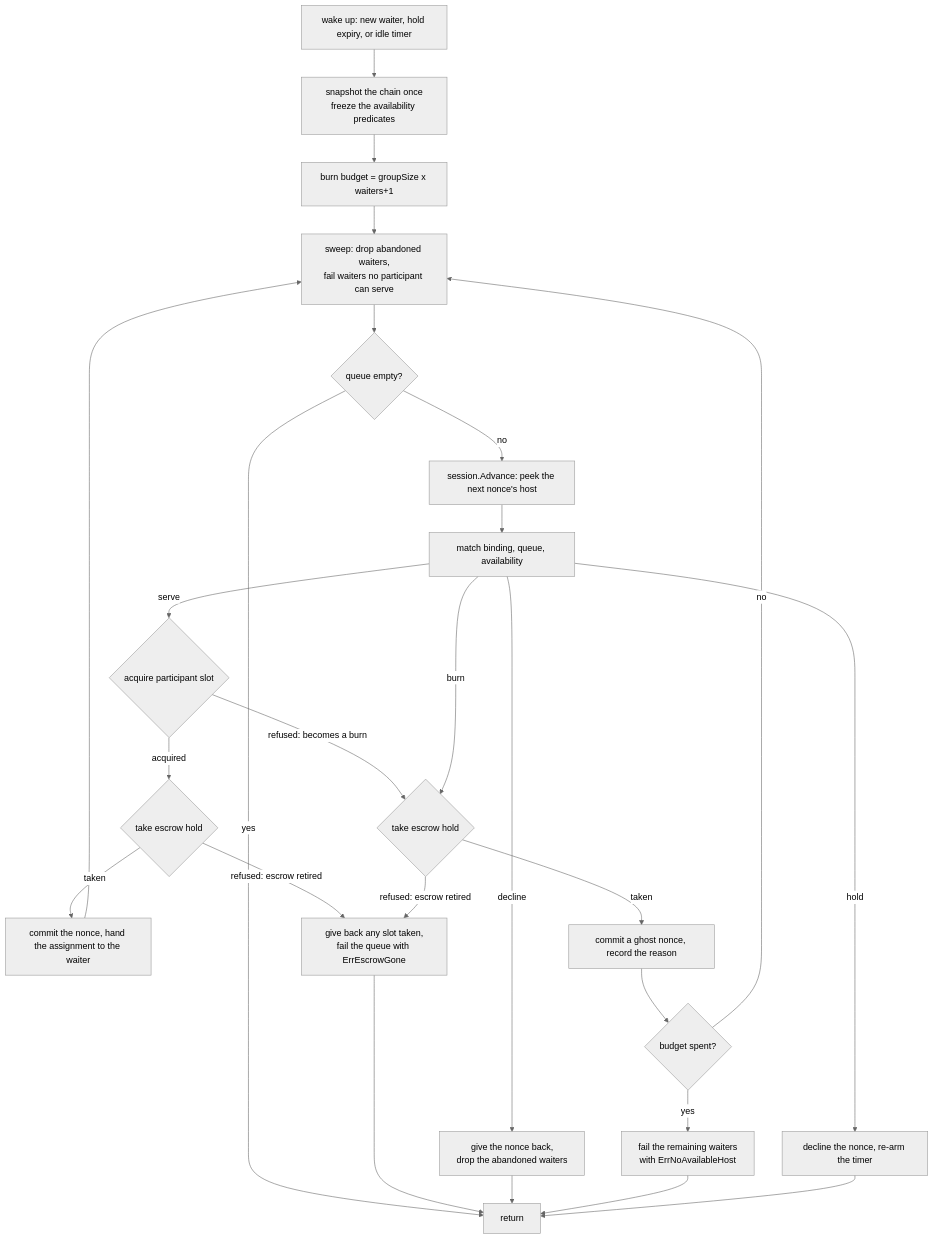
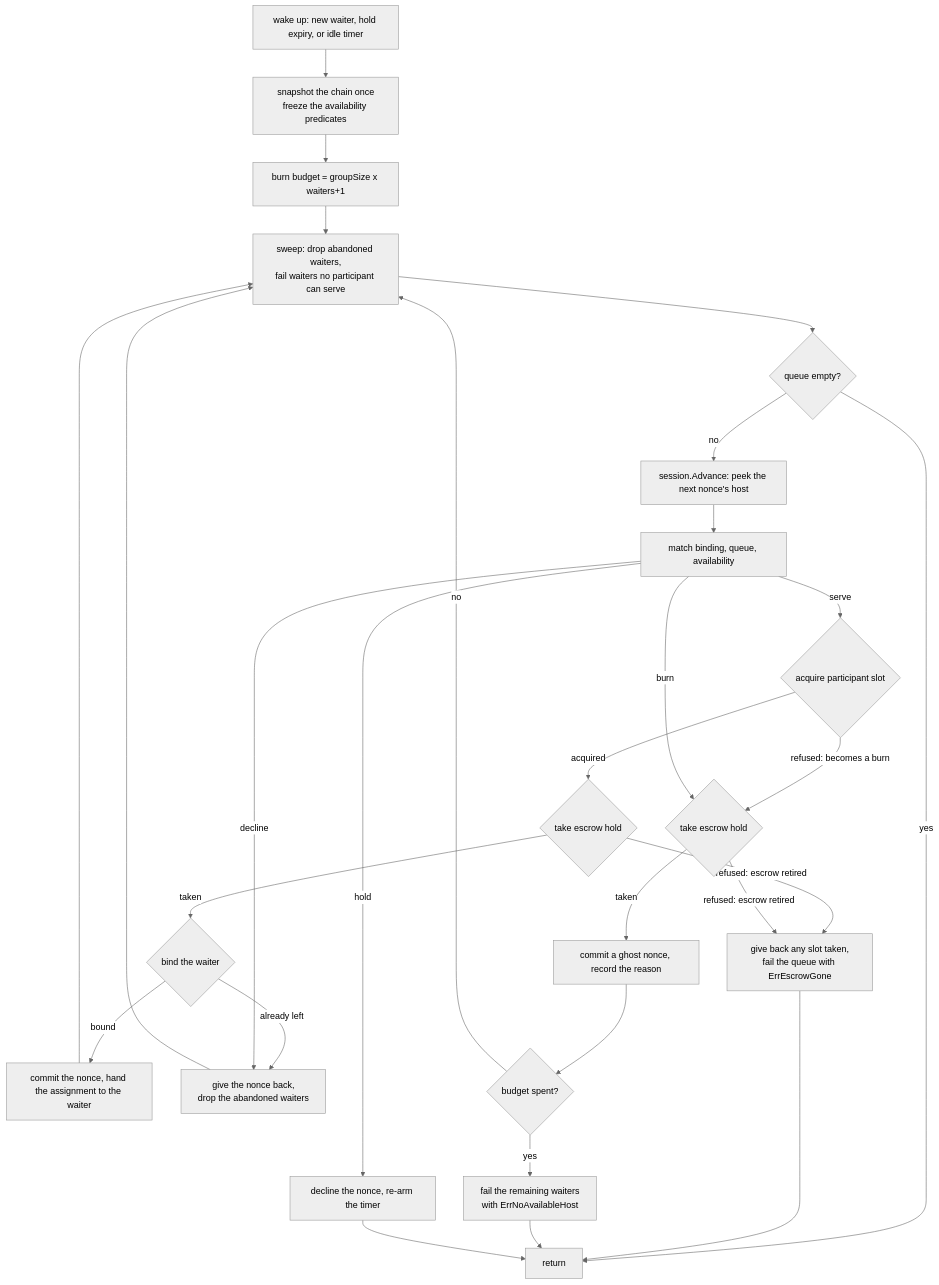
The diagram in devshard/cmd/gateway/docs/routing.md (kaileido/gonka), drawn with Mermaid (neutral theme) before and after one commit. The commit also changed other lines of this file and 25 other files, not shown here.

````diff
--- a/devshard/cmd/gateway/docs/routing.md
+++ b/devshard/cmd/gateway/docs/routing.md
@@ -129,28 +131,30 @@
 ```mermaid
 flowchart TD
     A[wake up: new waiter, hold expiry, or idle timer] --> B[snapshot the chain once<br/>freeze the availability predicates]
     B --> C[burn budget = groupSize x waiters+1]
     C --> D[sweep: drop abandoned waiters,<br/>fail waiters no participant can serve]
     D --> E{queue empty?}
     E -->|yes| Z[return]
     E -->|no| F[session.Advance: peek the next nonce's host]
     F --> G[match binding, queue, availability]
     G -->|serve| H{acquire participant slot}
     H -->|acquired| HS{take escrow hold}
     H -->|refused: becomes a burn| HB{take escrow hold}
     G -->|burn| HB
-    HS -->|taken| K[commit the nonce, hand the assignment to the waiter]
+    HS -->|taken| BW{bind the waiter}
+    BW -->|bound| K[commit the nonce, hand the assignment to the waiter]
+    BW -->|already left| M
     HB -->|taken| I[commit a ghost nonce, record the reason]
     HS -->|refused: escrow retired| X[give back any slot taken,<br/>fail the queue with ErrEscrowGone]
     HB -->|refused: escrow retired| X
     X --> Z
     G -->|hold| J[decline the nonce, re-arm the timer]
     G -->|decline| M[give the nonce back,<br/>drop the abandoned waiters]
-    M --> Z
+    M --> D
     I --> L{budget spent?}
     L -->|yes| N[fail the remaining waiters<br/>with ErrNoAvailableHost]
     N --> Z
     L -->|no| D
     K --> D
     J --> Z
 ```
````
